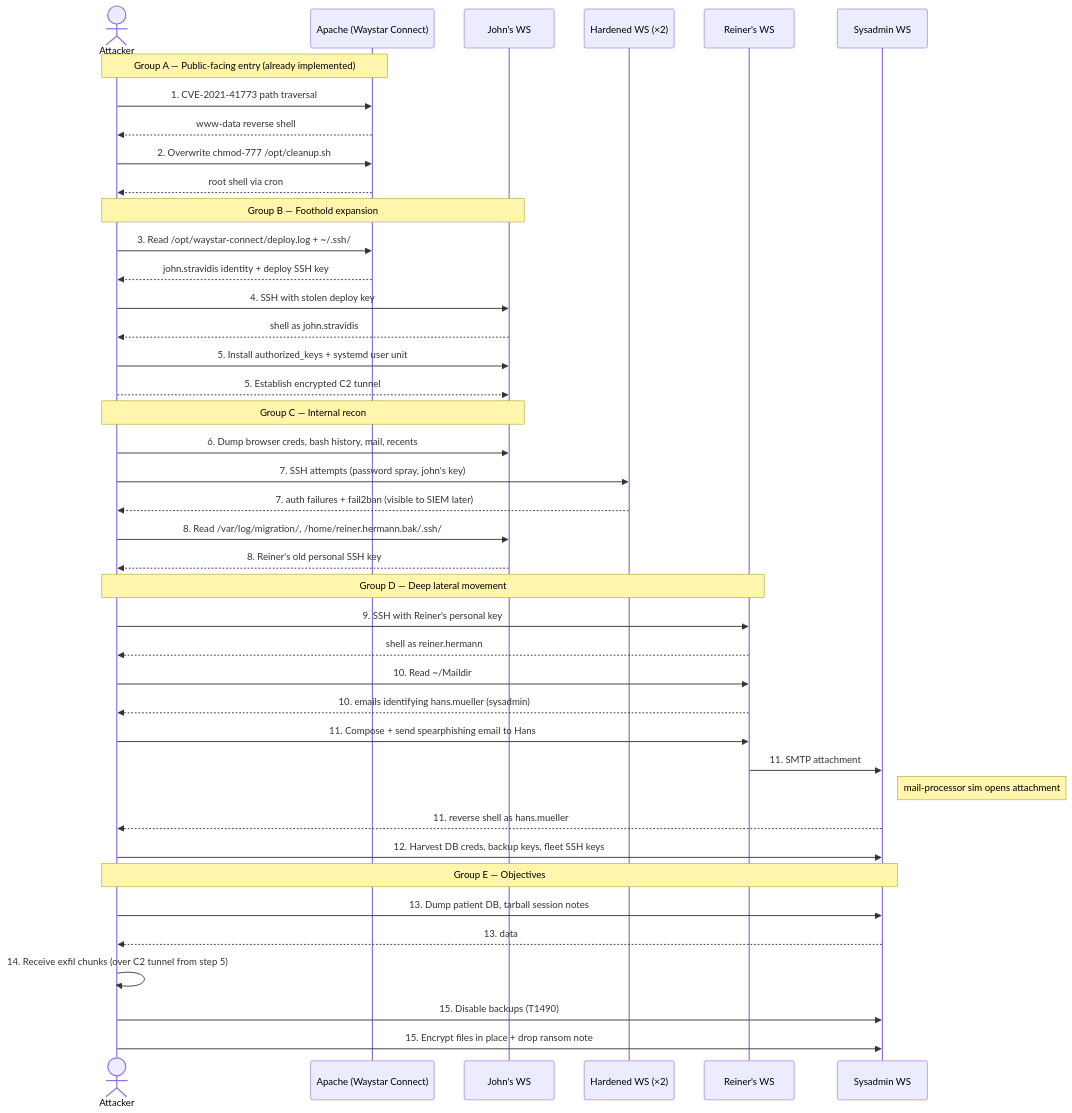
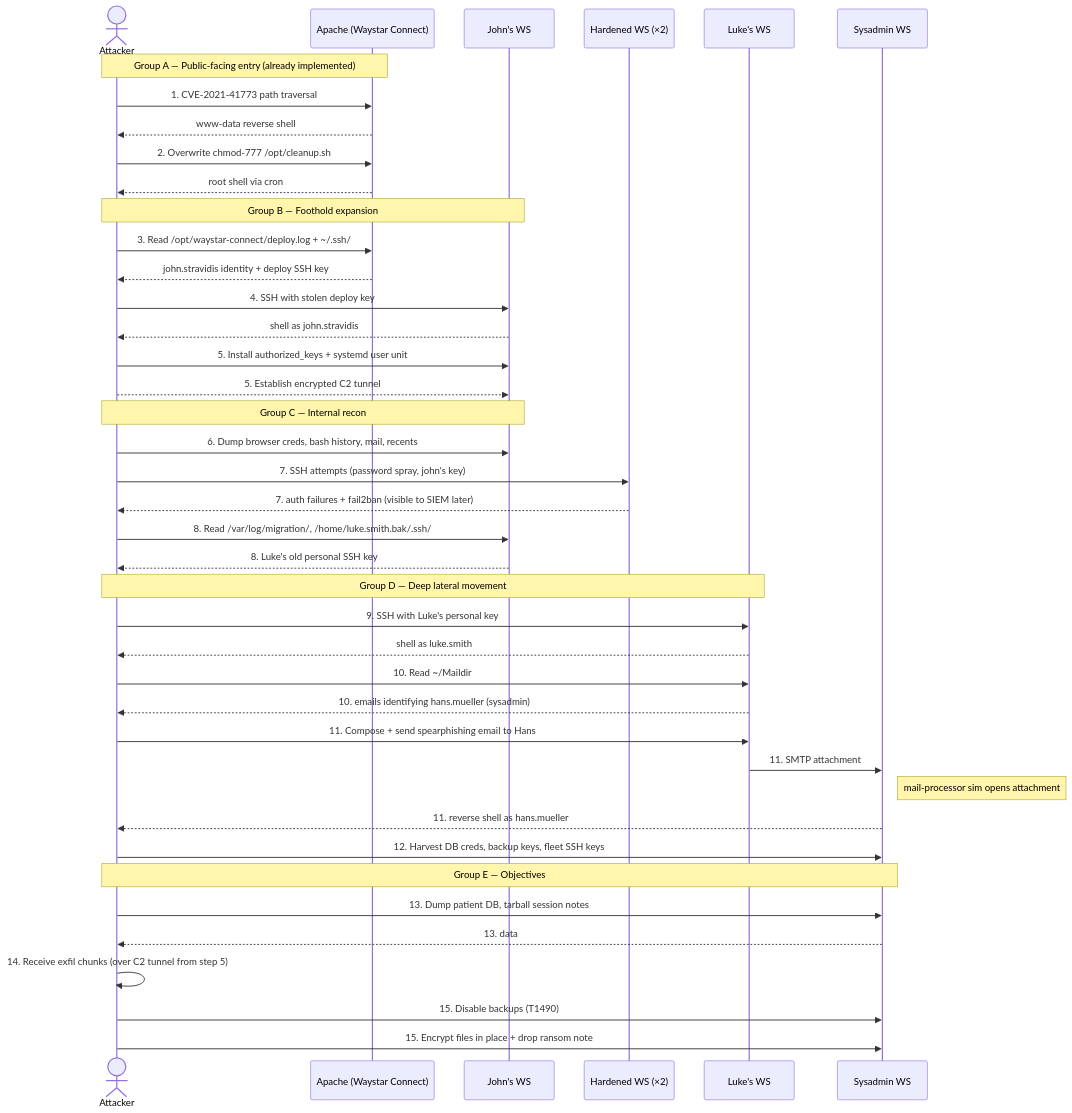
The diagram in Documentation/attack_plan.md (swscrum/ATT-CK_Scenario), drawn with Mermaid before and after one commit. The commit also changed other lines of this file and 3 other files, not shown here.

Commit message:
fix: changed reiners name to luke smith since its easier for english speakers

````diff
--- a/Documentation/attack_plan.md
+++ b/Documentation/attack_plan.md
@@ -48,48 +48,48 @@
 ```mermaid
 sequenceDiagram
     actor Att as Attacker
     participant Web as Apache (Waystar Connect)
     participant J as John's WS
     participant H as Hardened WS (×2)
-    participant R as Reiner's WS
+    participant R as Luke's WS
     participant S as Sysadmin WS
 
     Note over Att,Web: Group A — Public-facing entry (already implemented)
     Att->>Web: 1. CVE-2021-41773 path traversal
     Web-->>Att: www-data reverse shell
     Att->>Web: 2. Overwrite chmod-777 /opt/cleanup.sh
     Web-->>Att: root shell via cron
 
     Note over Att,J: Group B — Foothold expansion
     Att->>Web: 3. Read /opt/waystar-connect/deploy.log + ~/.ssh/
     Web-->>Att: john.stravidis identity + deploy SSH key
     Att->>J: 4. SSH with stolen deploy key
     J-->>Att: shell as john.stravidis
     Att->>J: 5. Install authorized_keys + systemd user unit
     Att-->>J: 5. Establish encrypted C2 tunnel
     
     Note over Att,J: Group C — Internal recon
     Att->>J: 6. Dump browser creds, bash history, mail, recents
     Att->>H: 7. SSH attempts (password spray, john's key)
     H-->>Att: 7. auth failures + fail2ban (visible to SIEM later)
-    Att->>J: 8. Read /var/log/migration/, /home/reiner.hermann.bak/.ssh/
-    J-->>Att: 8. Reiner's old personal SSH key
+    Att->>J: 8. Read /var/log/migration/, /home/luke.smith.bak/.ssh/
+    J-->>Att: 8. Luke's old personal SSH key
 
     Note over Att,R: Group D — Deep lateral movement
-    Att->>R: 9. SSH with Reiner's personal key
-    R-->>Att: shell as reiner.hermann
+    Att->>R: 9. SSH with Luke's personal key
+    R-->>Att: shell as luke.smith
     Att->>R: 10. Read ~/Maildir
     R-->>Att: 10. emails identifying hans.mueller (sysadmin)
     Att->>R: 11. Compose + send spearphishing email to Hans
     R->>S: 11. SMTP attachment
     Note right of S: mail-processor sim opens attachment
     S-->>Att: 11. reverse shell as hans.mueller
     Att->>S: 12. Harvest DB creds, backup keys, fleet SSH keys
 
     Note over Att,S: Group E — Objectives
     Att->>S: 13. Dump patient DB, tarball session notes
     S-->>Att: 13. data
     Att->>Att: 14. Receive exfil chunks (over C2 tunnel from step 5)
     Att->>S: 15. Disable backups (T1490)
     Att->>S: 15. Encrypt files in place + drop ransom note
 ```
````
